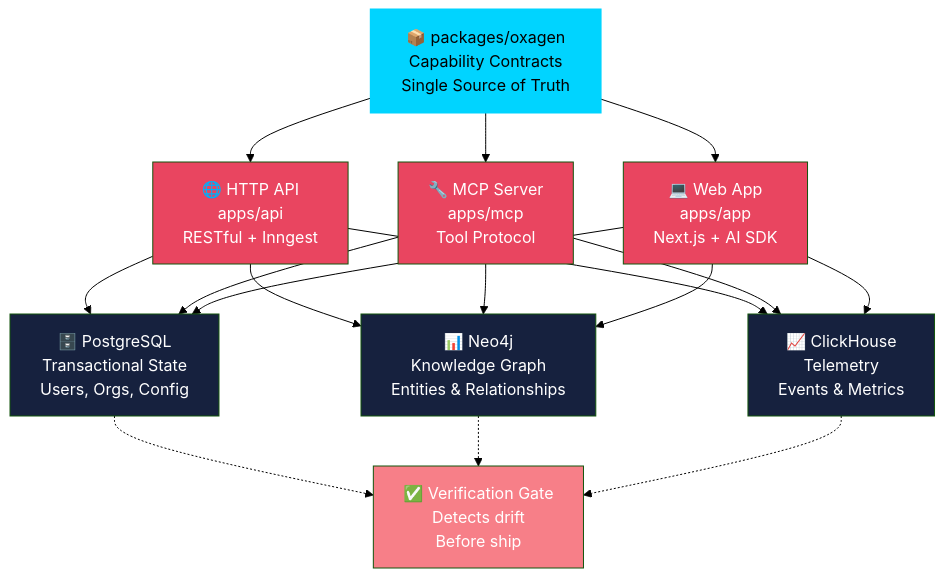
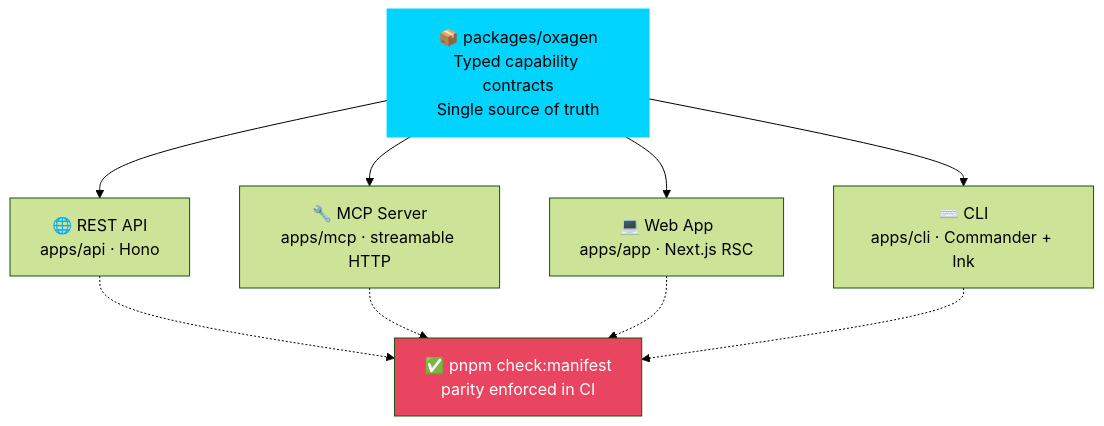
One commit to macanderson/oxagen changed the second of 2 diagrams in README.md. Above: the diagram before and after it, drawn with Mermaid (forest theme). The commit also changed other lines of this file and 9 other files, not shown here.

First line of the commit message:
docs: refresh all repo-level docs to Stripe-for-agents vision + current architecture

````diff
--- a/README.md
+++ b/README.md
@@ -182,43 +80,23 @@
 ```mermaid
 graph TB
-    A["📦 packages/oxagen<br/>Capability Contracts<br/>Single Source of Truth"]
-    
-    B["🌐 HTTP API<br/>apps/api<br/>RESTful + Inngest"]
-    C["🔧 MCP Server<br/>apps/mcp<br/>Tool Protocol"]
-    D["💻 Web App<br/>apps/app<br/>Next.js + AI SDK"]
-    
-    E["🗄️ PostgreSQL<br/>Transactional State<br/>Users, Orgs, Config"]
-    F["📊 Neo4j<br/>Knowledge Graph<br/>Entities & Relationships"]
-    G["📈 ClickHouse<br/>Telemetry<br/>Events & Metrics"]
-    
+    A["📦 packages/oxagen<br/>Typed capability contracts<br/>Single source of truth"]
+
+    B["🌐 REST API<br/>apps/api · Hono"]
+    C["🔧 MCP Server<br/>apps/mcp · streamable HTTP"]
+    D["💻 Web App<br/>apps/app · Next.js RSC"]
+    E["⌨️ CLI<br/>apps/cli · Commander + Ink"]
+
     A --> B
     A --> C
     A --> D
-    
-    B --> E
-    B --> F
-    B --> G
-    
-    C --> E
-    C --> F
-    C --> G
-    
-    D --> E
-    D --> F
-    D --> G
-    
-    H["✅ Verification Gate<br/>Detects drift<br/>Before ship"]
-    
-    E -.-> H
-    F -.-> H
-    G -.-> H
-    
+    A --> E
+
+    F["✅ pnpm check:manifest<br/>parity enforced in CI"]
+    B -.-> F
+    C -.-> F
+    D -.-> F
+    E -.-> F
+
     style A fill:#00d4ff,color:#000,stroke:#00d4ff,stroke-width:3px
-    style B fill:#e94560,color:#fff
-    style C fill:#e94560,color:#fff
-    style D fill:#e94560,color:#fff
-    style E fill:#16213e,color:#fff
-    style F fill:#16213e,color:#fff
-    style G fill:#16213e,color:#fff
-    style H fill:#f77f88,color:#fff
+    style F fill:#e94560,color:#fff
 ```
````
